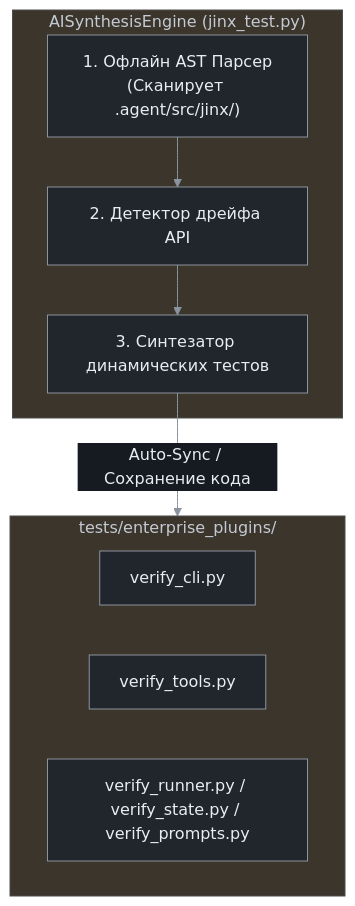
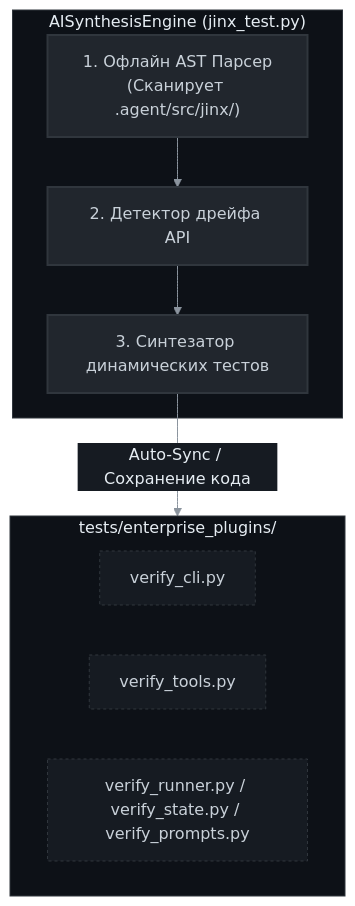
The fifth of 5 diagrams in README_RU.md (machinegpt/agent), drawn with Mermaid before and after one commit. The commit also changed other lines of this file and 8 other files, not shown here.

````diff
--- a/README_RU.md
+++ b/README_RU.md
@@ -483,18 +483,23 @@
 ```mermaid
-%%{init: {'theme': 'base', 'themeVariables': {"darkMode": true, "primaryColor": "#21262d", "primaryTextColor": "#e6edf3", "primaryBorderColor": "#8b949e", "lineColor": "#8b949e", "textColor": "#e6edf3", "edgeLabelBackground": "#161b22", "mainBkg": "#21262d", "nodeBorder": "#8b949e", "nodeTextColor": "#e6edf3"}}}%%
-graph TD
+%%{init: {'theme': 'base', 'themeVariables': {"darkMode": true, "background": "#0d1117", "primaryColor": "#21262d", "primaryTextColor": "#e6edf3", "primaryBorderColor": "#8b949e", "lineColor": "#8b949e", "textColor": "#e6edf3", "edgeLabelBackground": "#161b22", "mainBkg": "#21262d", "nodeBorder": "#8b949e", "nodeTextColor": "#e6edf3"}}}%%
+flowchart TD
+    classDef sub fill:#161b22,stroke:#30363d,stroke-dasharray: 3 3,color:#c9d1d9;
+    classDef standard fill:#21262d,stroke:#30363d,stroke-width:2px,color:#c9d1d9;
+
     subgraph Engine["AISynthesisEngine (jinx_test.py)"]
-        AST["1. Офлайн AST Парсер<br/>(Сканирует .agent/src/jinx/)"]
-        DIFF["2. Детектор дрейфа API"]
-        GEN["3. Синтезатор динамических тестов"]
+        AST["1. Офлайн AST Парсер<br/>(Сканирует .agent/src/jinx/)"]:::standard
+        DIFF["2. Детектор дрейфа API"]:::standard
+        GEN["3. Синтезатор динамических тестов"]:::standard
         AST --> DIFF --> GEN
     end
+    style Engine fill:#0d1117,stroke:#30363d,color:#e6edf3
 
     subgraph Plugins["tests/enterprise_plugins/"]
-        V_CLI["verify_cli.py"]
-        V_TOOLS["verify_tools.py"]
-        V_OTHER["verify_runner.py / verify_state.py / verify_prompts.py"]
+        V_CLI["verify_cli.py"]:::sub
+        V_TOOLS["verify_tools.py"]:::sub
+        V_OTHER["verify_runner.py / verify_state.py / verify_prompts.py"]:::sub
     end
+    style Plugins fill:#0d1117,stroke:#30363d,color:#e6edf3
 
     GEN -->|"Auto-Sync / Сохранение кода"| Plugins
 ```
````
